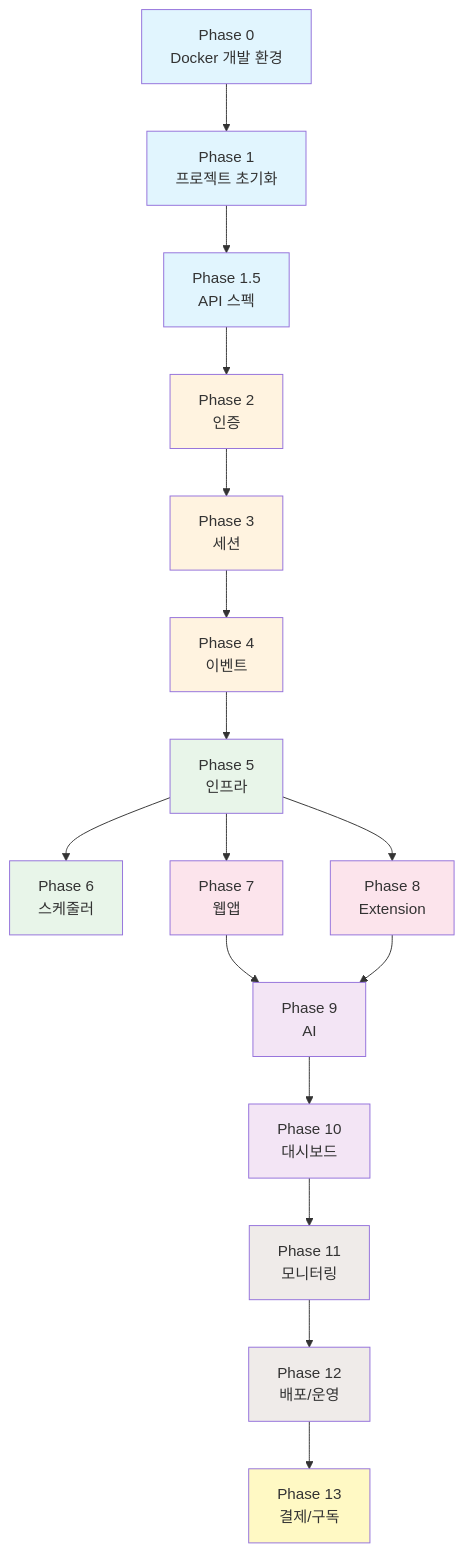
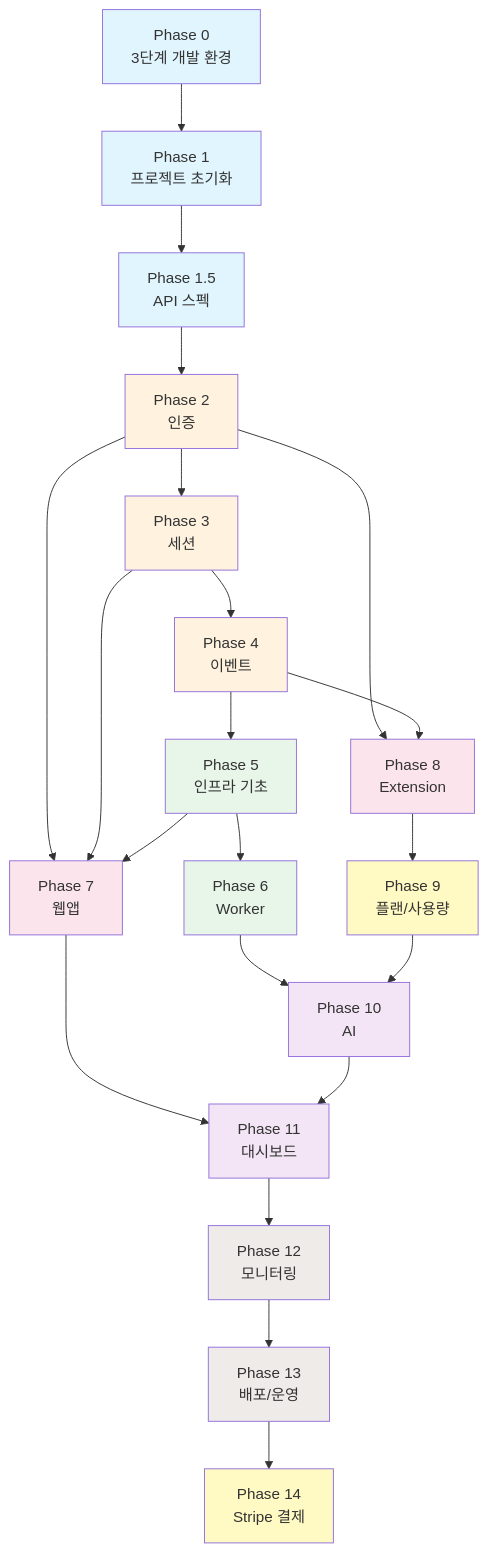
One commit to coldzero94/mindhit changed the diagram in docs/development/phases/README.md. Above: the diagram before and after it, drawn with Mermaid. The commit also changed other lines of this file and 23 other files, not shown here.

````diff
--- a/docs/development/phases/README.md
+++ b/docs/development/phases/README.md
@@ -61,34 +64,52 @@
 ```mermaid
 flowchart TD
-    P0[Phase 0<br/>Docker 개발 환경] --> P1[Phase 1<br/>프로젝트 초기화]
+    P0[Phase 0<br/>3단계 개발 환경] --> P1[Phase 1<br/>프로젝트 초기화]
     P1 --> P1_5[Phase 1.5<br/>API 스펙]
     P1_5 --> P2[Phase 2<br/>인증]
     P2 --> P3[Phase 3<br/>세션]
     P3 --> P4[Phase 4<br/>이벤트]
-    P4 --> P5[Phase 5<br/>인프라]
-    P5 --> P6[Phase 6<br/>스케줄러]
-    P5 --> P7[Phase 7<br/>웹앱]
-    P5 --> P8[Phase 8<br/>Extension]
-    P7 --> P9[Phase 9<br/>AI]
-    P8 --> P9
-    P9 --> P10[Phase 10<br/>대시보드]
-    P10 --> P11[Phase 11<br/>모니터링]
-    P11 --> P12[Phase 12<br/>배포/운영]
-    P12 --> P13[Phase 13<br/>결제/구독]
+    P4 --> P5[Phase 5<br/>인프라 기초]
+    P5 --> P6[Phase 6<br/>Worker]
+
+    %% Phase 7: 인증 + 세션 + 인프라 필요
+    P2 --> P7[Phase 7<br/>웹앱]
+    P3 --> P7
+    P5 --> P7
+
+    %% Phase 8: 인증 + 이벤트 API 필요
+    P2 --> P8[Phase 8<br/>Extension]
+    P4 --> P8
+
+    %% Phase 9: 플랜/사용량 (AI 전에 필요)
+    P8 --> P9[Phase 9<br/>플랜/사용량]
+
+    %% Phase 10: AI (사용량 시스템 연동)
+    P6 --> P10[Phase 10<br/>AI]
+    P9 --> P10
+
+    %% Phase 11: 대시보드
+    P7 --> P11[Phase 11<br/>대시보드]
+    P10 --> P11
+
+    %% Phase 12-14: 운영 및 결제
+    P11 --> P12[Phase 12<br/>모니터링]
+    P12 --> P13[Phase 13<br/>배포/운영]
+    P13 --> P14[Phase 14<br/>Stripe 결제]
 
     style P0 fill:#e1f5fe
     style P1 fill:#e1f5fe
     style P1_5 fill:#e1f5fe
     style P2 fill:#fff3e0
     style P3 fill:#fff3e0
     style P4 fill:#fff3e0
     style P5 fill:#e8f5e9
     style P6 fill:#e8f5e9
     style P7 fill:#fce4ec
     style P8 fill:#fce4ec
-    style P9 fill:#f3e5f5
+    style P9 fill:#fff9c4
     style P10 fill:#f3e5f5
-    style P11 fill:#efebe9
+    style P11 fill:#f3e5f5
     style P12 fill:#efebe9
-    style P13 fill:#fff9c4
+    style P13 fill:#efebe9
+    style P14 fill:#fff9c4
 ```
````
